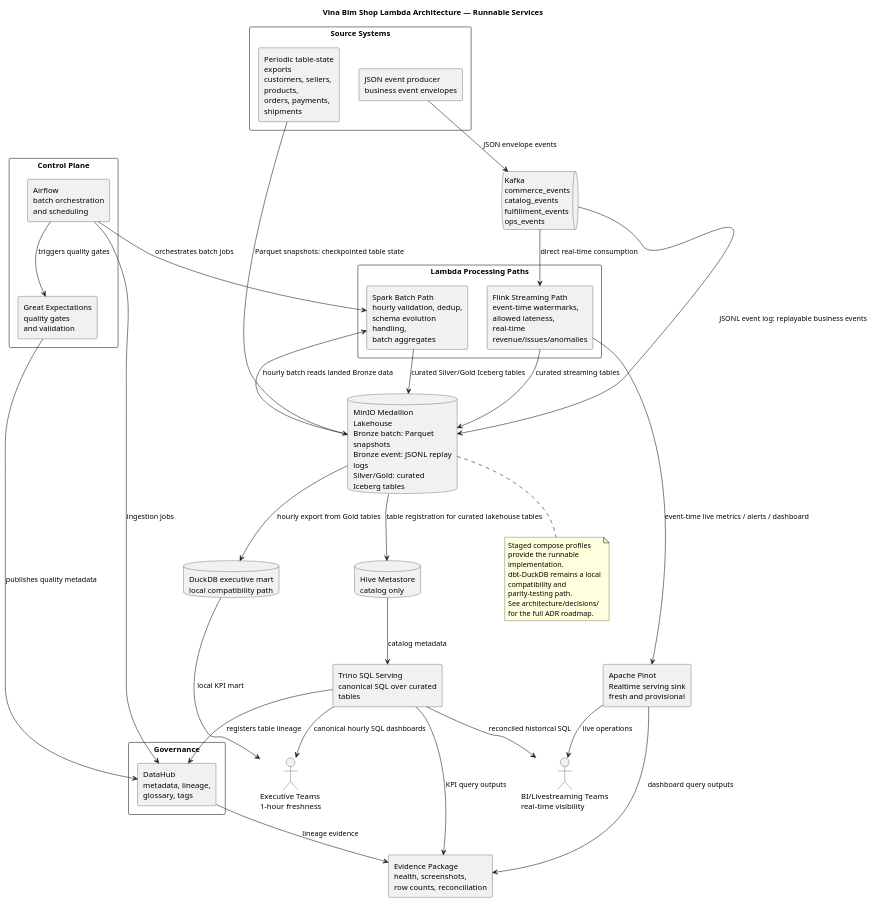
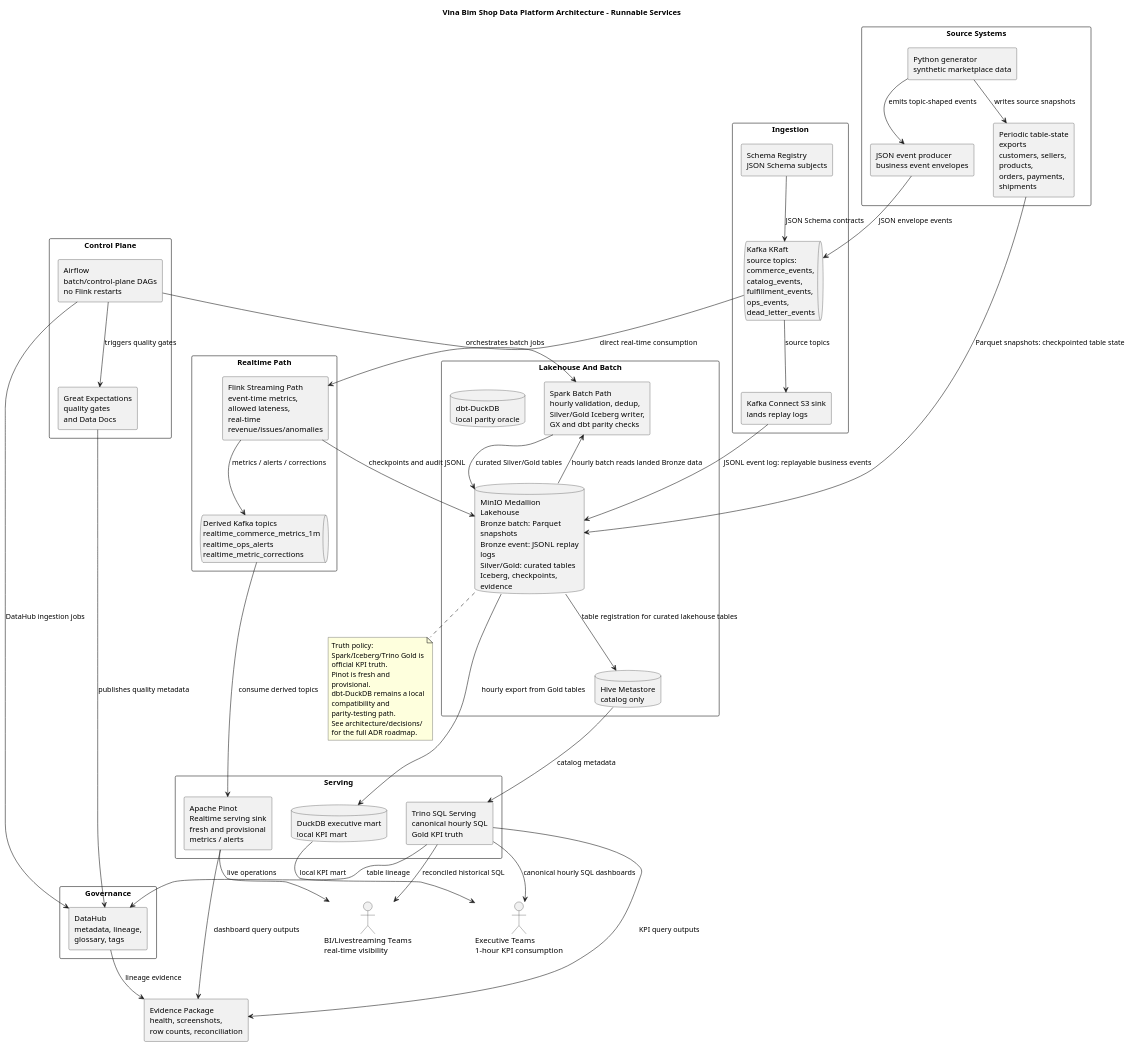
Before and after one commit to hhoangdo/ecom-data-platform: the diagram in architecture/diagrams/lambda_architecture.puml, drawn with PlantUML. The commit also changed 2 other files, not shown here.

Commit message:
refactor: update Lambda architecture diagram and unit tests
- Revised the Lambda architecture diagram to enhance clarity and accuracy, including renaming components and adjusting relationships.
- Added new components such as Schema Registry, Kafka Connect, and DataHub to the diagram.
- Updated the ingestion and serving paths to reflect changes in data flow and processing.
- Modified unit tests to ensure they accurately reflect the updated architecture, including new assertions for added components and relationships.
- Removed outdated assertions related to previous architecture elements.

```diff
--- a/architecture/diagrams/lambda_architecture.puml
+++ b/architecture/diagrams/lambda_architecture.puml
@@ -1,70 +1,92 @@
 @startuml
-title Vina Bim Shop Lambda Architecture — Runnable Services
+title Vina Bim Shop Data Platform Architecture - Runnable Services
 
 skinparam componentStyle rectangle
 skinparam shadowing false
 skinparam wrapWidth 180
 
-actor "Executive Teams\n1-hour freshness" as Executive
+actor "Executive Teams\n1-hour KPI consumption" as Executive
 actor "BI/Livestreaming Teams\nreal-time visibility" as BI
 
 rectangle "Source Systems" as Sources {
+  component "Python generator\nsynthetic marketplace data" as Generator
   component "Periodic table-state exports\ncustomers, sellers, products,\norders, payments, shipments" as Offline
   component "JSON event producer\nbusiness event envelopes" as Producer
 }
 
-queue "Kafka\ncommerce_events\ncatalog_events\nfulfillment_events\nops_events" as Kafka
-
-rectangle "Lambda Processing Paths" as Lambda {
-  component "Spark Batch Path\nhourly validation, dedup,\nschema evolution handling,\nbatch aggregates" as Spark
-  component "Flink Streaming Path\nevent-time watermarks,\nallowed lateness,\nreal-time revenue/issues/anomalies" as Flink
+rectangle "Ingestion" as Ingestion {
+  component "Schema Registry\nJSON Schema subjects" as SchemaRegistry
+  queue "Kafka KRaft\nsource topics:\ncommerce_events, catalog_events,\nfulfillment_events, ops_events,\ndead_letter_events" as Kafka
+  component "Kafka Connect S3 sink\nlands replay logs" as KafkaConnect
 }
 
-database "MinIO Medallion Lakehouse\nBronze batch: Parquet snapshots\nBronze event: JSONL replay logs\nSilver/Gold: curated Iceberg tables" as MinIO
-database "Hive Metastore\ncatalog only" as Hive
-component "Trino SQL Serving\ncanonical SQL over curated tables" as Trino
-component "Apache Pinot\nRealtime serving sink\nfresh and provisional" as Realtime
-database "DuckDB executive mart\nlocal compatibility path" as DuckDB
+rectangle "Lakehouse And Batch" as Lakehouse {
+  component "Spark Batch Path\nhourly validation, dedup,\nSilver/Gold Iceberg writer,\nGX and dbt parity checks" as Spark
+  database "MinIO Medallion Lakehouse\nBronze batch: Parquet snapshots\nBronze event: JSONL replay logs\nSilver/Gold: curated tables\nIceberg, checkpoints, evidence" as MinIO
+  database "Hive Metastore\ncatalog only" as Hive
+  database "dbt-DuckDB\nlocal parity oracle" as Dbt
+}
+
+rectangle "Realtime Path" as Streaming {
+  component "Flink Streaming Path\nevent-time metrics,\nallowed lateness,\nreal-time revenue/issues/anomalies" as Flink
+  queue "Derived Kafka topics\nrealtime_commerce_metrics_1m\nrealtime_ops_alerts\nrealtime_metric_corrections" as DerivedKafka
+}
+
+rectangle "Serving" as Serving {
+  component "Trino SQL Serving\ncanonical hourly SQL\nGold KPI truth" as Trino
+  component "Apache Pinot\nRealtime serving sink\nfresh and provisional\nmetrics / alerts" as Realtime
+  database "DuckDB executive mart\nlocal KPI mart" as DuckDB
+}
 
 rectangle "Control Plane" as Control {
-  component "Airflow\nbatch orchestration\nand scheduling" as Airflow
-  component "Great Expectations\nquality gates\nand validation" as GX
+  component "Airflow\nbatch/control-plane DAGs\nno Flink restarts" as Airflow
+  component "Great Expectations\nquality gates\nand Data Docs" as GX
 }
 
 rectangle "Governance" as Gov {
   component "DataHub\nmetadata, lineage,\nglossary, tags" as DataHub
 }
 
 component "Evidence Package\nhealth, screenshots,\nrow counts, reconciliation" as Evidence
 
+Generator --> Offline : writes source snapshots
+Generator --> Producer : emits topic-shaped events
 Offline --> MinIO : Parquet snapshots: checkpointed table state
 Producer --> Kafka : JSON envelope events
-Kafka --> Flink : direct real-time consumption
-Kafka --> MinIO : JSONL event log: replayable business events
+SchemaRegistry --> Kafka : JSON Schema contracts
+Kafka --> KafkaConnect : source topics
+KafkaConnect --> MinIO : JSONL event log: replayable business events
+
 MinIO --> Spark : hourly batch reads landed Bronze data
-Spark --> MinIO : curated Silver/Gold Iceberg tables
-Flink --> Realtime : event-time live metrics / alerts / dashboard
-Realtime --> BI : live operations
-Flink --> MinIO : curated streaming tables
+Spark --> MinIO : curated Silver/Gold tables
 MinIO --> Hive : table registration for curated lakehouse tables
 Hive --> Trino : catalog metadata
-Trino --> Executive : canonical hourly SQL dashboards
 MinIO --> DuckDB : hourly export from Gold tables
 DuckDB --> Executive : local KPI mart
+Trino --> Executive : canonical hourly SQL dashboards
 Trino --> BI : reconciled historical SQL
+
+Kafka --> Flink : direct real-time consumption
+Flink --> DerivedKafka : metrics / alerts / corrections
+Flink --> MinIO : checkpoints and audit JSONL
+DerivedKafka --> Realtime : consume derived topics
+Realtime --> BI : live operations
+
 Airflow --> Spark : orchestrates batch jobs
 Airflow --> GX : triggers quality gates
+Airflow --> DataHub : DataHub ingestion jobs
 GX --> DataHub : publishes quality metadata
-Trino --> DataHub : registers table lineage
-Airflow --> DataHub : ingestion jobs
+Trino --> DataHub : table lineage
+DataHub --> Evidence : lineage evidence
 Trino --> Evidence : KPI query outputs
 Realtime --> Evidence : dashboard query outputs
-DataHub --> Evidence : lineage evidence
 
 note bottom of MinIO
-Staged compose profiles provide the runnable implementation.
+Truth policy:
+Spark/Iceberg/Trino Gold is official KPI truth.
+Pinot is fresh and provisional.
 dbt-DuckDB remains a local compatibility and parity-testing path.
 See architecture/decisions/ for the full ADR roadmap.
 end note
 
 @enduml
```
